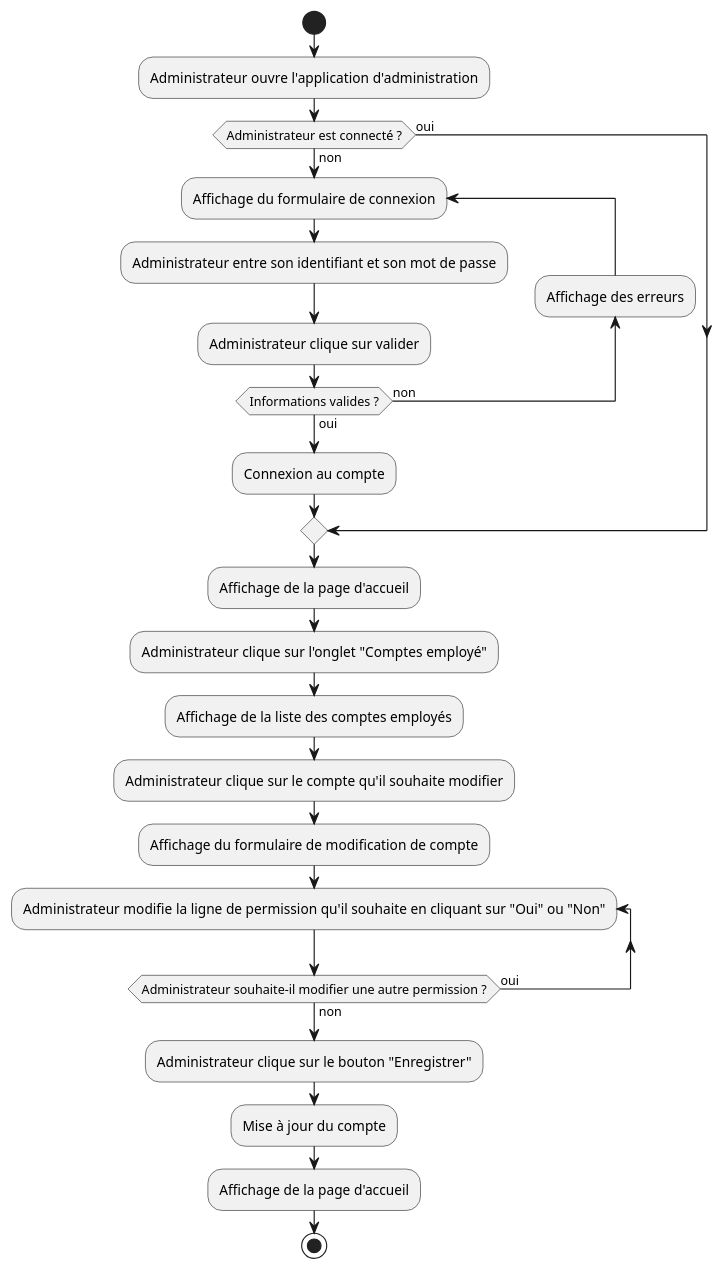
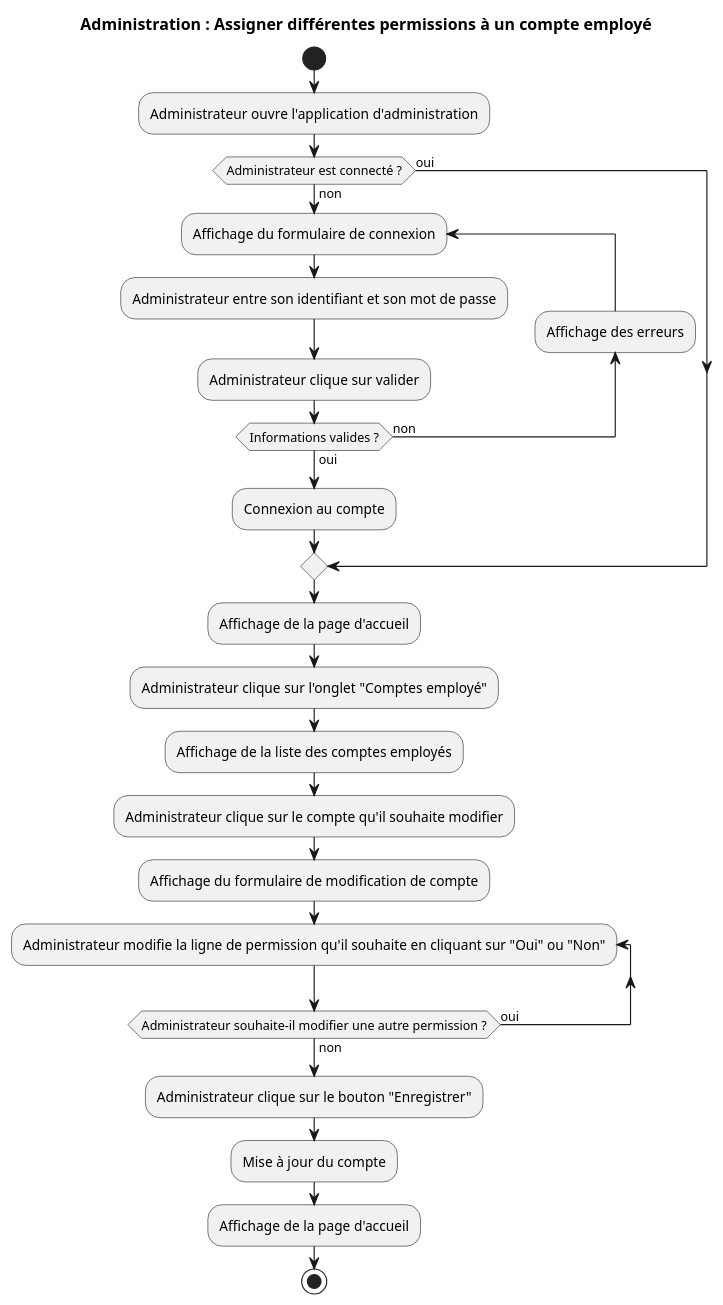
The diagram in diagrams/admin_modify_worker_account_permissions.puml (Gumpah/project_6), drawn with PlantUML before and after one commit. The commit also changed 25 other files, not shown here.

Commit message:
Adding title to diagrams

```diff
--- a/diagrams/admin_modify_worker_account_permissions.puml
+++ b/diagrams/admin_modify_worker_account_permissions.puml
@@ -1,35 +1,37 @@
 @startuml
 'https://plantuml.com/activity-diagram-beta
+
+title Administration : Assigner différentes permissions à un compte employé
 
 start
 
 :Administrateur ouvre l'application d'administration;
 if (Administrateur est connecté ?) then (oui)
 else (non)
 
     repeat :Affichage du formulaire de connexion;
         :Administrateur entre son identifiant et son mot de passe;
         :Administrateur clique sur valider;
         backward:Affichage des erreurs;
     repeat while (Informations valides ?) is (non) not (oui)
 
     :Connexion au compte;
 endif
 
 :Affichage de la page d'accueil;
 :Administrateur clique sur l'onglet "Comptes employé";
 :Affichage de la liste des comptes employés;
 :Administrateur clique sur le compte qu'il souhaite modifier;
 :Affichage du formulaire de modification de compte;
 
 repeat :Administrateur modifie la ligne de permission qu'il souhaite en cliquant sur "Oui" ou "Non";
 repeat while (Administrateur souhaite-il modifier une autre permission ?) is (oui) not (non)
 
 :Administrateur clique sur le bouton "Enregistrer";
 
 :Mise à jour du compte;
 :Affichage de la page d'accueil;
 
 stop
 
 @enduml
```
